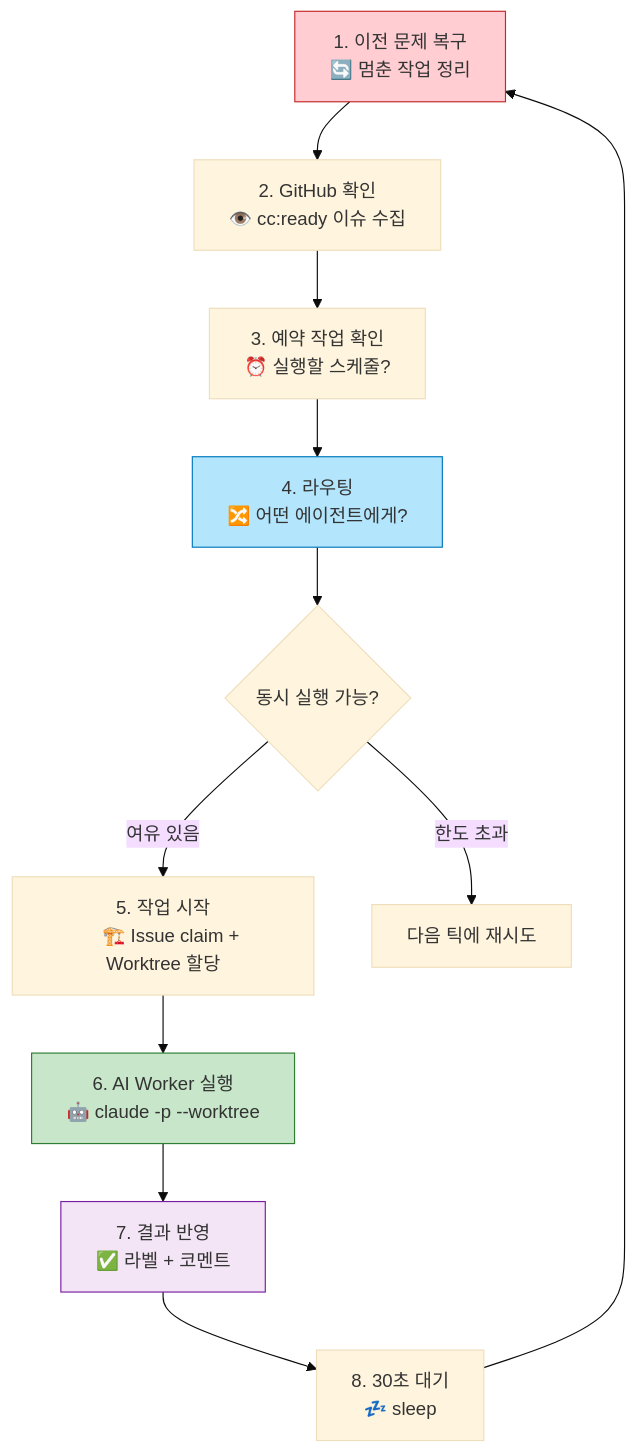
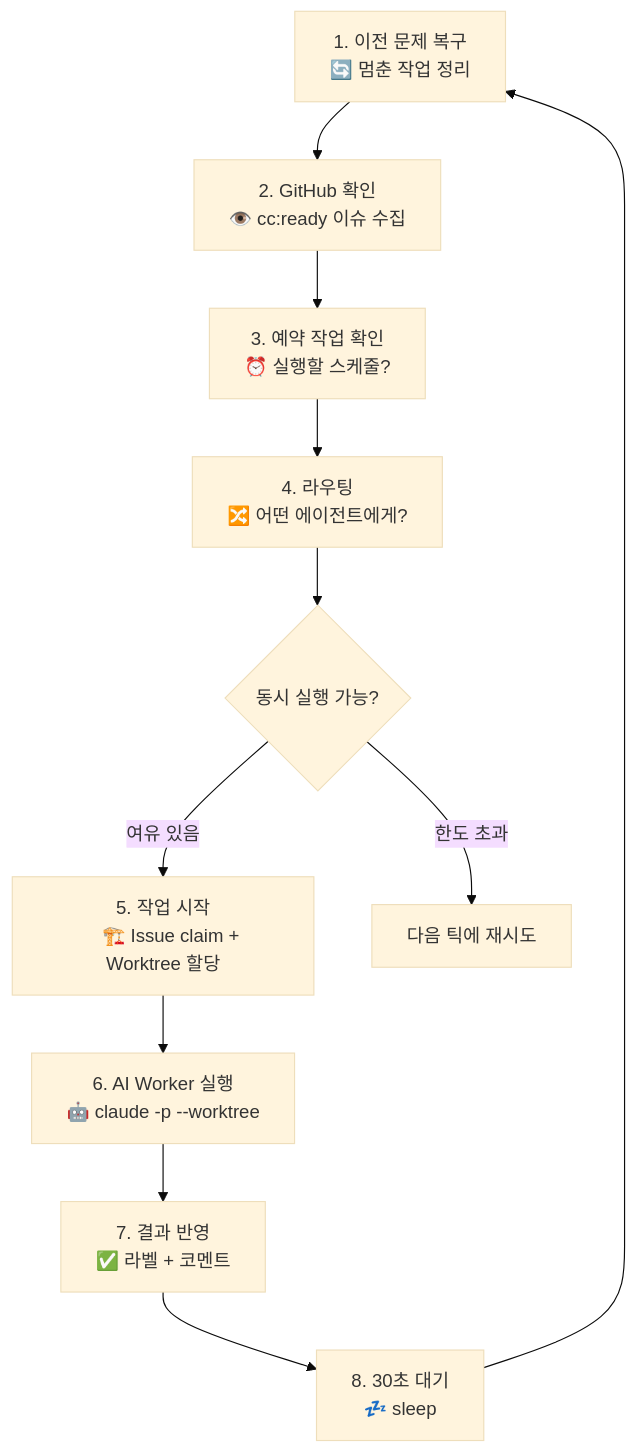
Before and after one commit to tykimos/assiharness: the eighth of 17 diagrams in README.md, drawn with Mermaid (base theme). The commit also changed other lines of this file, not shown here.

First line of the commit message:
fix: remove Mermaid style overrides for light/dark theme compatibility

````diff
--- a/README.md
+++ b/README.md
@@ -271,26 +253,22 @@
 ```mermaid
 graph TD
     A["1. 이전 문제 복구
     🔄 멈춘 작업 정리"] --> B["2. GitHub 확인
     👁️ cc:ready 이슈 수집"]
     B --> C["3. 예약 작업 확인
     ⏰ 실행할 스케줄?"]
     C --> D["4. 라우팅
     🔀 어떤 에이전트에게?"]
     D --> E{"동시 실행 가능?"}
     E -->|"여유 있음"| F["5. 작업 시작
     🏗️ Issue claim + Worktree 할당"]
     E -->|"한도 초과"| G["다음 틱에 재시도"]
     F --> H["6. AI Worker 실행
     🤖 claude -p --worktree"]
     H --> I["7. 결과 반영
     ✅ 라벨 + 코멘트"]
     I --> J["8. 30초 대기
     💤 sleep"]
     J --> A
 
-    style A fill:#FFCDD2,stroke:#C62828
-    style D fill:#B3E5FC,stroke:#0277BD
-    style H fill:#C8E6C9,stroke:#2E7D32
-    style I fill:#F3E5F5,stroke:#7B1FA2
 ```
````
